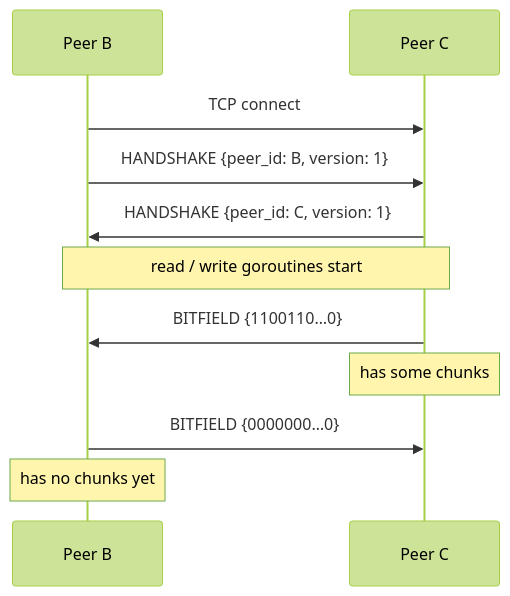
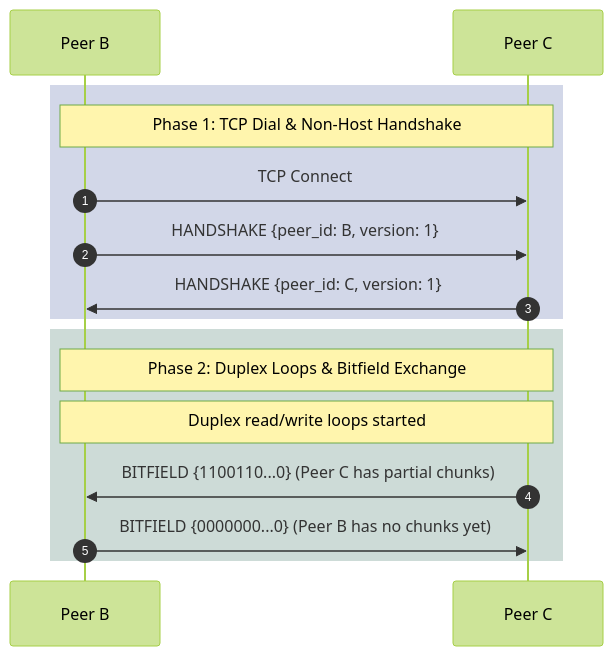
One commit to sophic00/peerwatch changed the second of 5 diagrams in docs/protocol_sequence.md. Above: the diagram before and after it, drawn with Mermaid (forest theme). The commit also changed other lines of this file and 1 other file, not shown here.

Commit message:
chore: docs diagram update

````diff
--- a/docs/protocol_sequence.md
+++ b/docs/protocol_sequence.md
@@ -45,18 +50,20 @@
 ```mermaid
 sequenceDiagram
+    autonumber
     participant B as Peer B
     participant C as Peer C
 
-    B->>C: TCP connect
+    rect rgba(30, 58, 138, 0.2)
+        note over B,C: Phase 1: TCP Dial & Non-Host Handshake
+        B->>C: TCP Connect
+        B->>C: HANDSHAKE {peer_id: B, version: 1}
+        C->>B: HANDSHAKE {peer_id: C, version: 1}
+    end
 
-    B->>C: HANDSHAKE {peer_id: B, version: 1}
-    C->>B: HANDSHAKE {peer_id: C, version: 1}
-
-    note over B,C: read / write goroutines start
-
-    C->>B: BITFIELD {1100110…0}
-    note over C: has some chunks
-
-    B->>C: BITFIELD {0000000…0}
-    note over B: has no chunks yet
+    rect rgba(6, 78, 59, 0.2)
+        note over B,C: Phase 2: Duplex Loops & Bitfield Exchange
+        note over B,C: Duplex read/write loops started
+        C->>B: BITFIELD {1100110...0} (Peer C has partial chunks)
+        B->>C: BITFIELD {0000000...0} (Peer B has no chunks yet)
+    end
 ```
````
